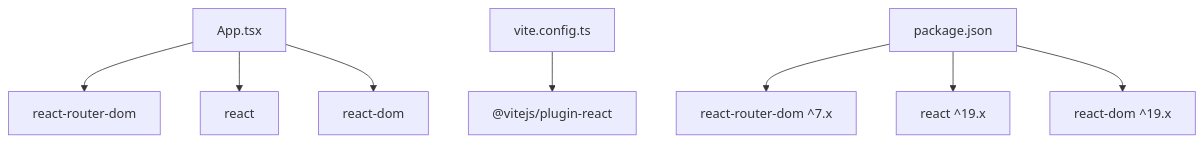
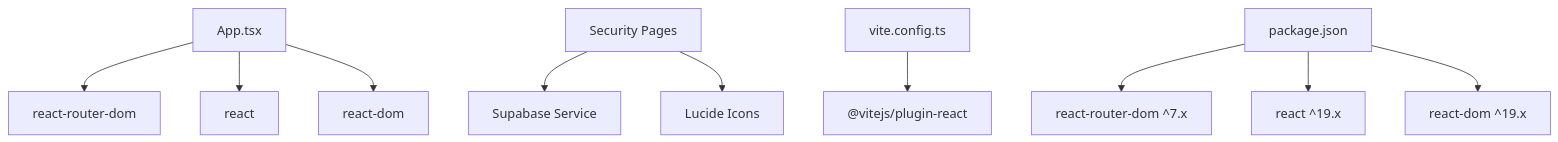
Before and after one commit to zpria/ACCOUND-ZPRIA: the fifth of 5 diagrams in .qoder/repowiki/en/content/Architecture Overview/Routing System.md, drawn with Mermaid. The commit also changed other lines of this file and 12 other files, not shown here.

````diff
--- a/.qoder/repowiki/en/content/Architecture Overview/Routing System.md
+++ b/.qoder/repowiki/en/content/Architecture Overview/Routing System.md
@@ -256,10 +341,12 @@
 ```mermaid
 graph TB
 App["App.tsx"] --> ReactRouter["react-router-dom"]
 App --> React["react"]
 App --> ReactDOM["react-dom"]
+SecurityPages["Security Pages"] --> Supabase["Supabase Service"]
+SecurityPages --> Lucide["Lucide Icons"]
 Vite["vite.config.ts"] --> PluginReact["@vitejs/plugin-react"]
 Package["package.json"] --> ReactRouterDep["react-router-dom ^7.x"]
 Package --> ReactDep["react ^19.x"]
 Package --> ReactDOMDep["react-dom ^19.x"]
 ```
````
